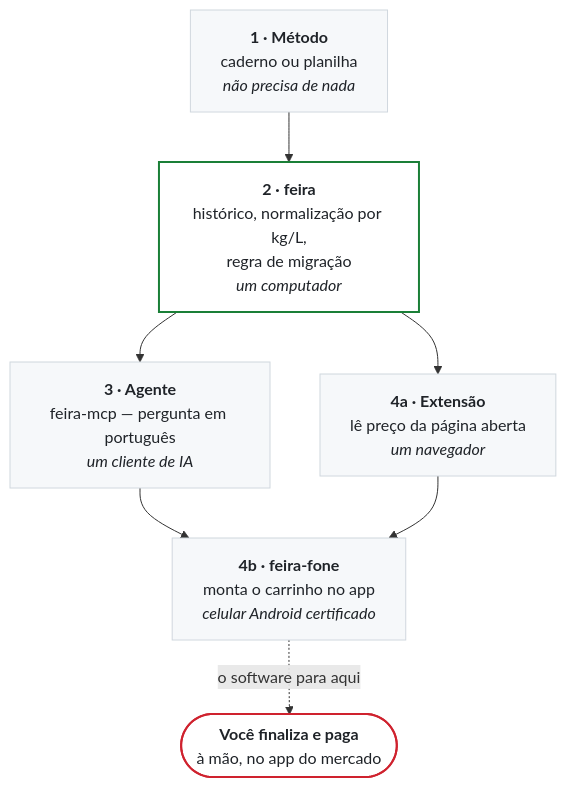
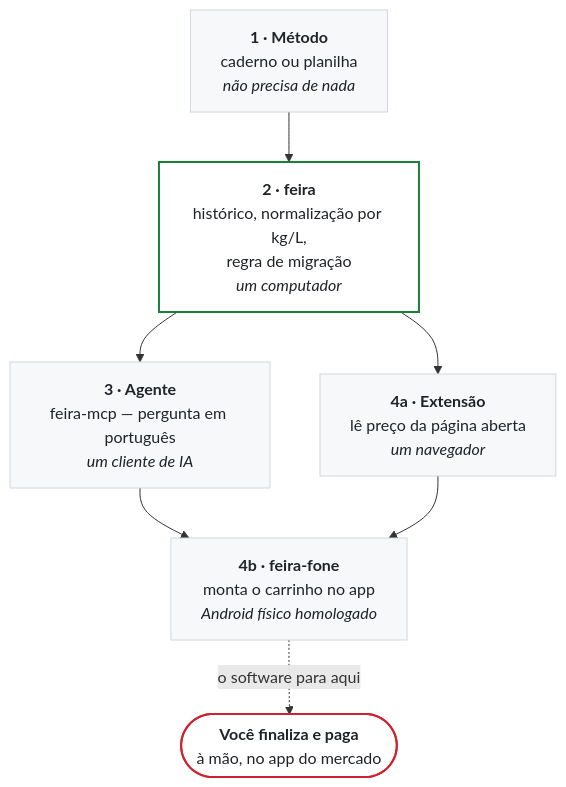
One commit to yolo-labz/feira changed the diagram in README.md. Above: the diagram before and after it, drawn with Mermaid. The commit also changed other lines of this file and 2 other files, not shown here.

First line of the commit message:
docs: o celular é o ciclo, não um extra (#3)

````diff
--- a/README.md
+++ b/README.md
@@ -128,23 +177,23 @@
 ```mermaid
 flowchart TD
     M["<b>1 · Método</b><br/>caderno ou planilha<br/><i>não precisa de nada</i>"]
     F["<b>2 · feira</b><br/>histórico, normalização por kg/L,<br/>regra de migração<br/><i>um computador</i>"]
     A["<b>3 · Agente</b><br/>feira-mcp — pergunta em português<br/><i>um cliente de IA</i>"]
     E["<b>4a · Extensão</b><br/>lê preço da página aberta<br/><i>um navegador</i>"]
-    P["<b>4b · feira-fone</b><br/>monta o carrinho no app<br/><i>celular Android certificado</i>"]
+    P["<b>4b · feira-fone</b><br/>monta o carrinho no app<br/><i>Android físico homologado</i>"]
     H(["<b>Você finaliza e paga</b><br/>à mão, no app do mercado"])
 
     M --> F
     F --> A
     F --> E
     A --> P
     E --> P
     P -.->|"o software para aqui"| H
 
     classDef base fill:#F6F8FA,stroke:#D0D7DE,stroke-width:1px,color:#1F2328
     classDef core fill:#FFFFFF,stroke:#1A7F37,stroke-width:2px,color:#1F2328
     classDef gate fill:#FFFFFF,stroke:#CF222E,stroke-width:2px,color:#1F2328
     class M,A,E,P base
     class F core
     class H gate
 ```
````
